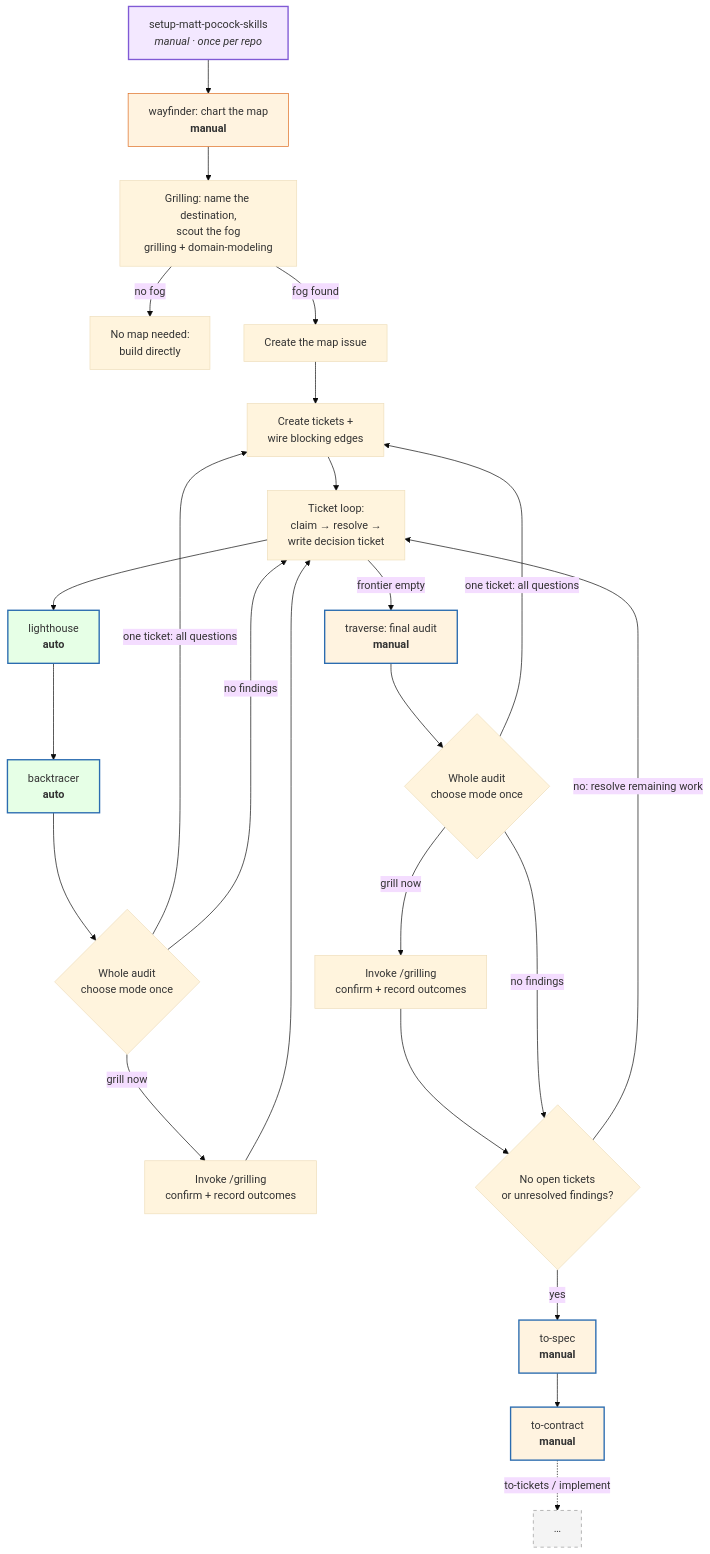
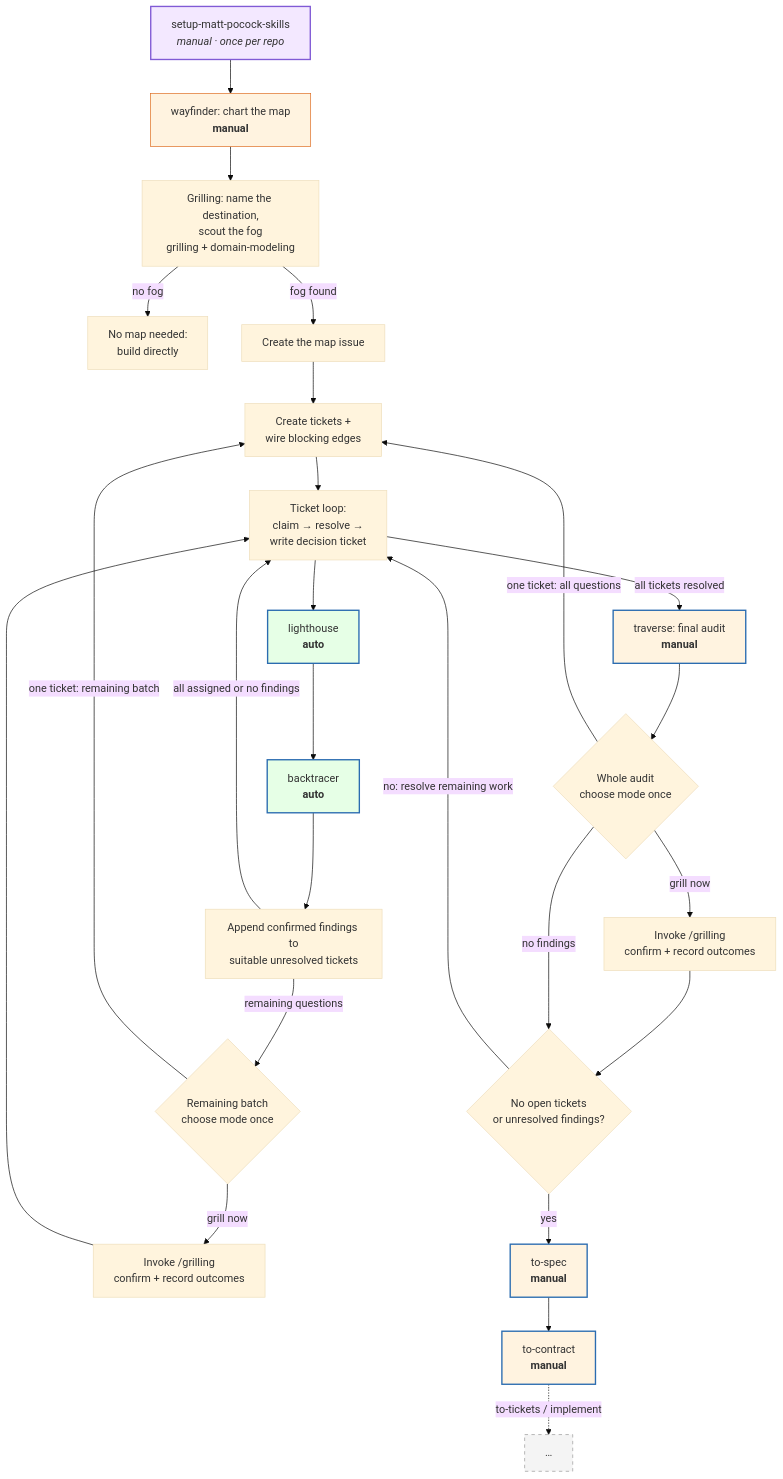
Before and after one commit to hugosol/oh-my-wayfinder: the first of 2 diagrams in README.md, drawn with Mermaid (base theme). The commit also changed other lines of this file and 6 other files, not shown here.

````diff
--- a/README.md
+++ b/README.md
@@ -61,35 +61,36 @@
 ```mermaid
 flowchart TD
     S["setup-matt-pocock-skills<br/><i>manual · once per repo</i>"] --> W["wayfinder: chart the map<br/><b>manual</b>"]
     W --> G["Grilling: name the destination,<br/>scout the fog<br/>grilling + domain-modeling"]
     G -->|"no fog"| N["No map needed:<br/>build directly"]
     G -->|"fog found"| M["Create the map issue"]
     M --> T["Create tickets +<br/>wire blocking edges"]
     T --> L["Ticket loop:<br/>claim → resolve →<br/>write decision ticket"]
     L --> LH["lighthouse<br/><b>auto</b>"]
     LH --> BT["backtracer<br/><b>auto</b>"]
-    BT --> CG{"Whole audit<br/>choose mode once"}
-    CG -->|"one ticket: all questions"| T
+    BT --> OWN["Append confirmed findings to<br/>suitable unresolved tickets"]
+    OWN -->|"remaining questions"| CG{"Remaining batch<br/>choose mode once"}
+    OWN -->|"all assigned or no findings"| L
+    CG -->|"one ticket: remaining batch"| T
     CG -->|"grill now"| BG["Invoke /grilling<br/>confirm + record outcomes"]
     BG --> L
-    CG -->|"no findings"| L
-    L -->|"frontier empty"| TR["traverse: final audit<br/><b>manual</b>"]
+    L -->|"all tickets resolved"| TR["traverse: final audit<br/><b>manual</b>"]
     TR --> CG2{"Whole audit<br/>choose mode once"}
     CG2 -->|"one ticket: all questions"| T
     CG2 -->|"grill now"| TG["Invoke /grilling<br/>confirm + record outcomes"]
     TG --> R{"No open tickets<br/>or unresolved findings?"}
     R -->|"yes"| TS["to-spec<br/><b>manual</b>"]
     R -->|"no: resolve remaining work"| L
     CG2 -->|"no findings"| R
     TS --> TC["to-contract<br/><b>manual</b>"]
     TC -.->|"to-tickets / implement"| X["…"]
 
     style LH fill:#e6ffe6,stroke:#2b6cb0,stroke-width:2px
     style BT fill:#e6ffe6,stroke:#2b6cb0,stroke-width:2px
     style TR fill:#fff3e0,stroke:#2b6cb0,stroke-width:2px
     style W fill:#fff3e0,stroke:#dd6b20
     style S fill:#f3e8ff,stroke:#805ad5,stroke-width:2px
     style TS fill:#fff3e0,stroke:#2b6cb0,stroke-width:2px
     style TC fill:#fff3e0,stroke:#2b6cb0,stroke-width:2px
     style X fill:#f4f4f4,stroke:#999,stroke-dasharray:5 5
 ```
````
